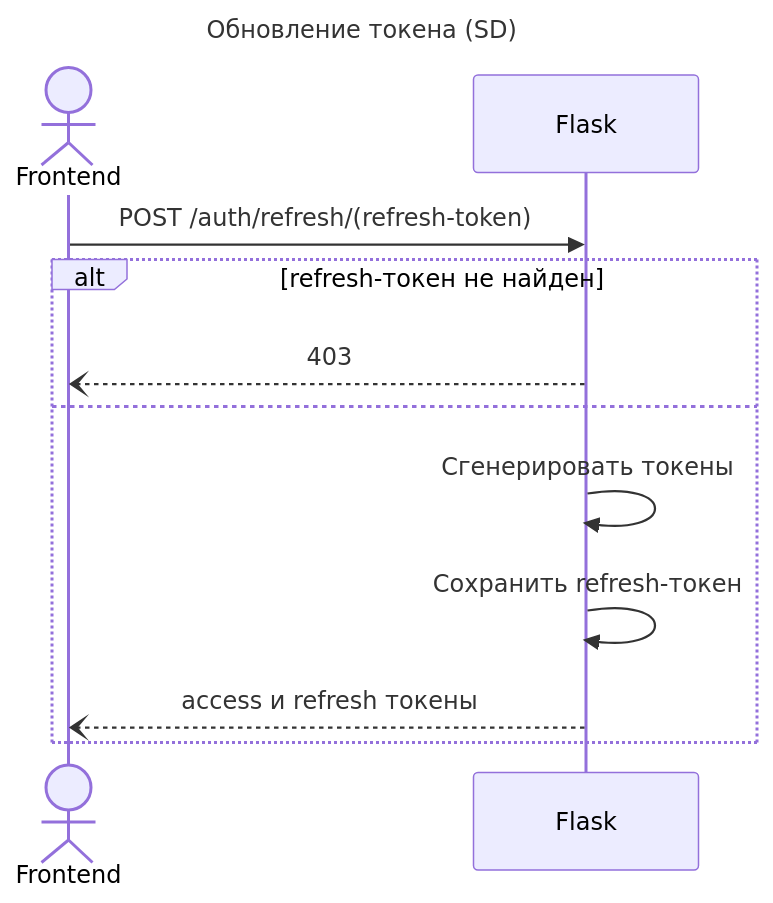
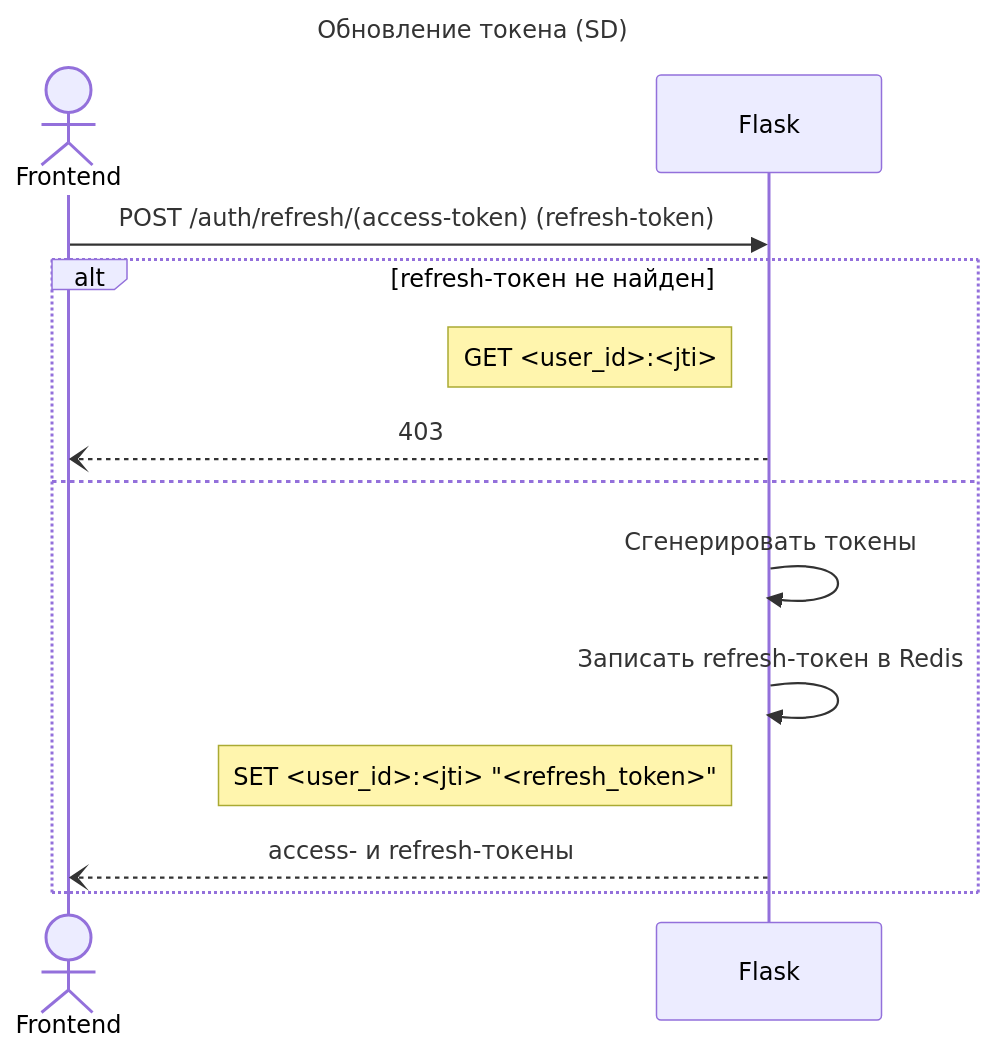
One commit to Dbl4/Auth_sprint_1 changed the diagram in documentation/auth-api/sd-refresh.md. Above: the diagram before and after it, drawn with Mermaid. The commit also changed 9 other files, not shown here.

First line of the commit message:
Update docs and models to store refresh-tokens in redis (#10)

````diff
--- a/documentation/auth-api/sd-refresh.md
+++ b/documentation/auth-api/sd-refresh.md
@@ -1,19 +1,21 @@
 ```mermaid
 ---
 title: Обновление токена (SD)
 ---
 
 sequenceDiagram
     actor Frontend
     participant Flask
 
-    Frontend ->> Flask: POST /auth/refresh/(refresh-token)
+    Frontend ->> Flask: POST /auth/refresh/(access-token) (refresh-token)
 
     alt refresh-токен не найден
+        Note left of Flask: GET <user_id>:<jti>
         Flask --) Frontend: 403
     else
         Flask ->> Flask: Сгенерировать токены
-        Flask ->> Flask: Сохранить refresh-токен
-        Flask --) Frontend: access и refresh токены
+        Flask ->> Flask: Записать refresh-токен в Redis
+        Note left of Flask: SET <user_id>:<jti> "<refresh_token>"
+        Flask --) Frontend: access- и refresh-токены
     end
 ```
````
